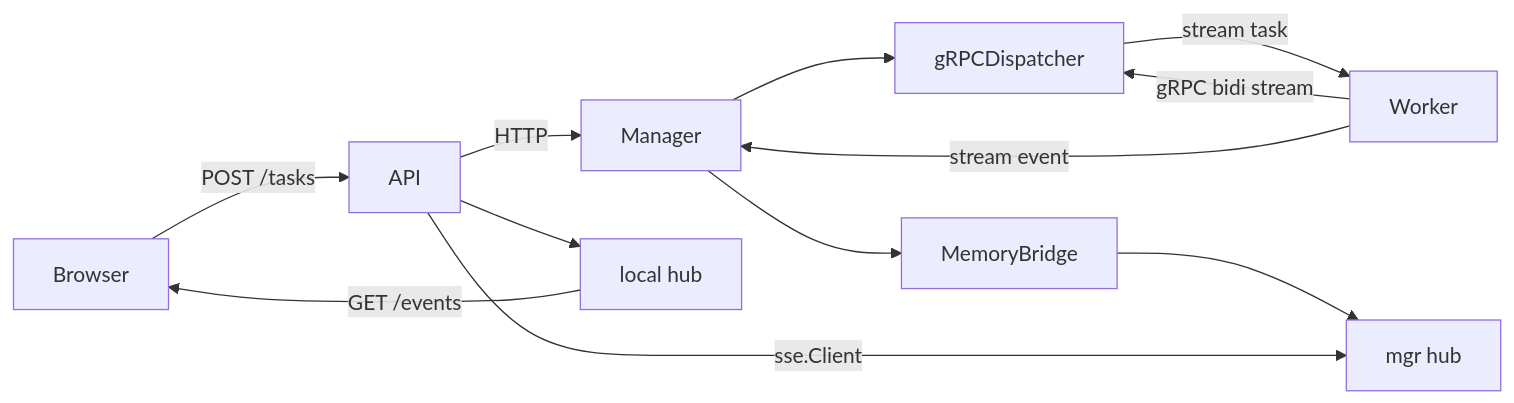
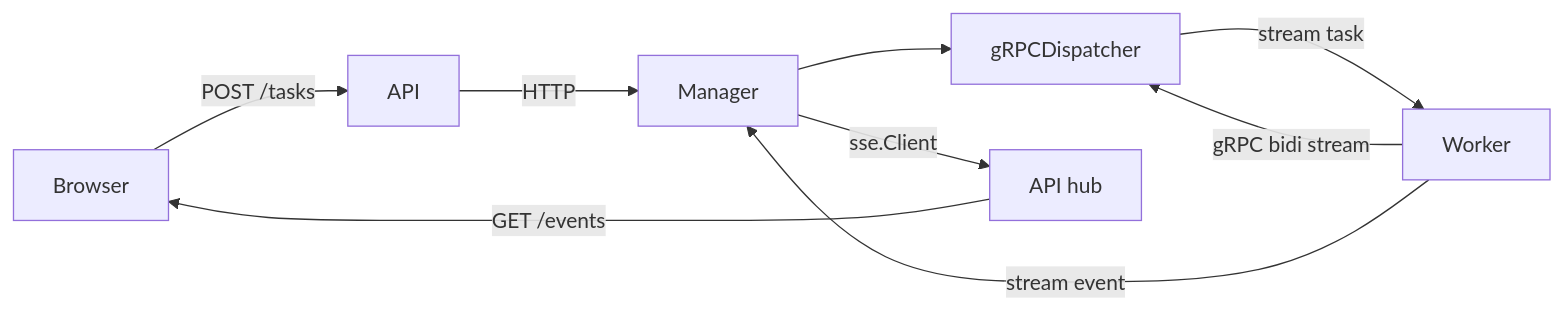
Before and after one commit to deyarchit/work-distribution-patterns: the fourth of 6 diagrams in docs/CODEMAPS/architecture.md, drawn with Mermaid. The commit also changed other lines of this file and 4 other files, not shown here.

````diff
--- a/docs/CODEMAPS/architecture.md
+++ b/docs/CODEMAPS/architecture.md
@@ -98,14 +85,11 @@
 ```mermaid
 flowchart LR
     Browser -->|POST /tasks| API
     API -->|HTTP| Manager
     Manager --> GD[gRPCDispatcher]
     Worker -->|gRPC bidi stream| GD
     GD -->|stream task| Worker
     Worker -->|stream event| Manager
-    Manager --> MB[MemoryBridge]
-    MB --> MgrHub[mgr hub]
-    API -->|sse.Client| MgrHub
-    API --> Hub[local hub]
+    Manager -->|sse.Client| Hub[API hub]
     Hub -->|GET /events| Browser
 ```
````
